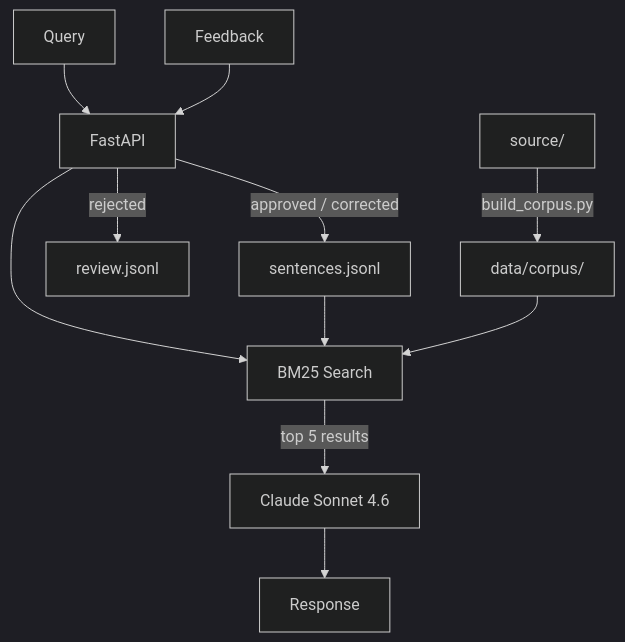
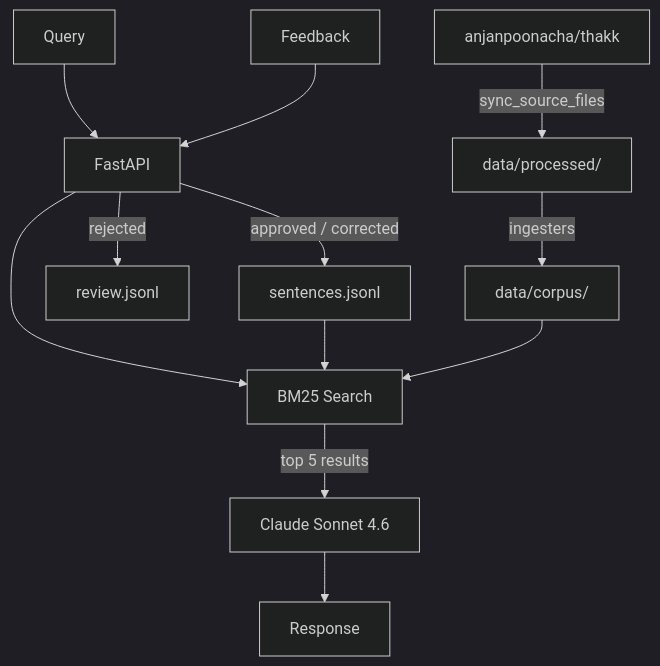
Before and after one commit to anjanpoonacha/kodava-rag: the diagram in README.md, drawn with Mermaid (dark theme). The commit also changed other lines of this file, not shown here.

Commit message:
docs: update README to clarify data flow and corpus generation process

````diff
--- a/README.md
+++ b/README.md
@@ -30,15 +30,16 @@
 ```mermaid
 graph TD
     Q[Query] --> API[FastAPI]
     API --> BM25[BM25 Search]
     BM25 -->|top 5 results| LLM[Claude Sonnet 4.6]
     LLM --> R[Response]
 
     FB[Feedback] --> API
     API -->|approved / corrected| S[sentences.jsonl]
     API -->|rejected| RV[review.jsonl]
     S --> BM25
 
-    SRC[source/] -->|build_corpus.py| CRP[data/corpus/]
+    THAKK[anjanpoonacha/thakk] -->|sync_source_files| PROC[data/processed/]
+    PROC -->|ingesters| CRP[data/corpus/]
     CRP --> BM25
 ```
````
